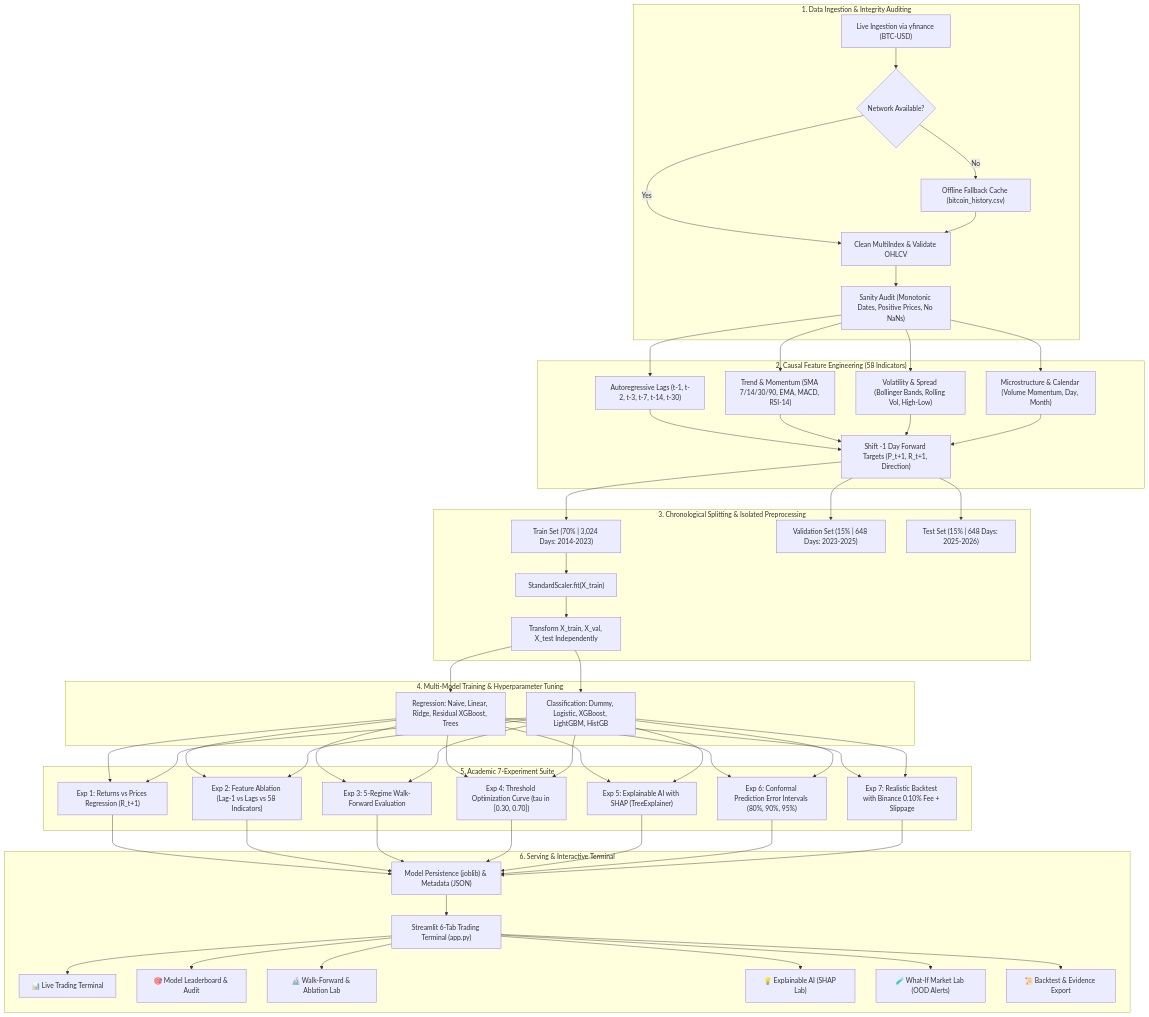
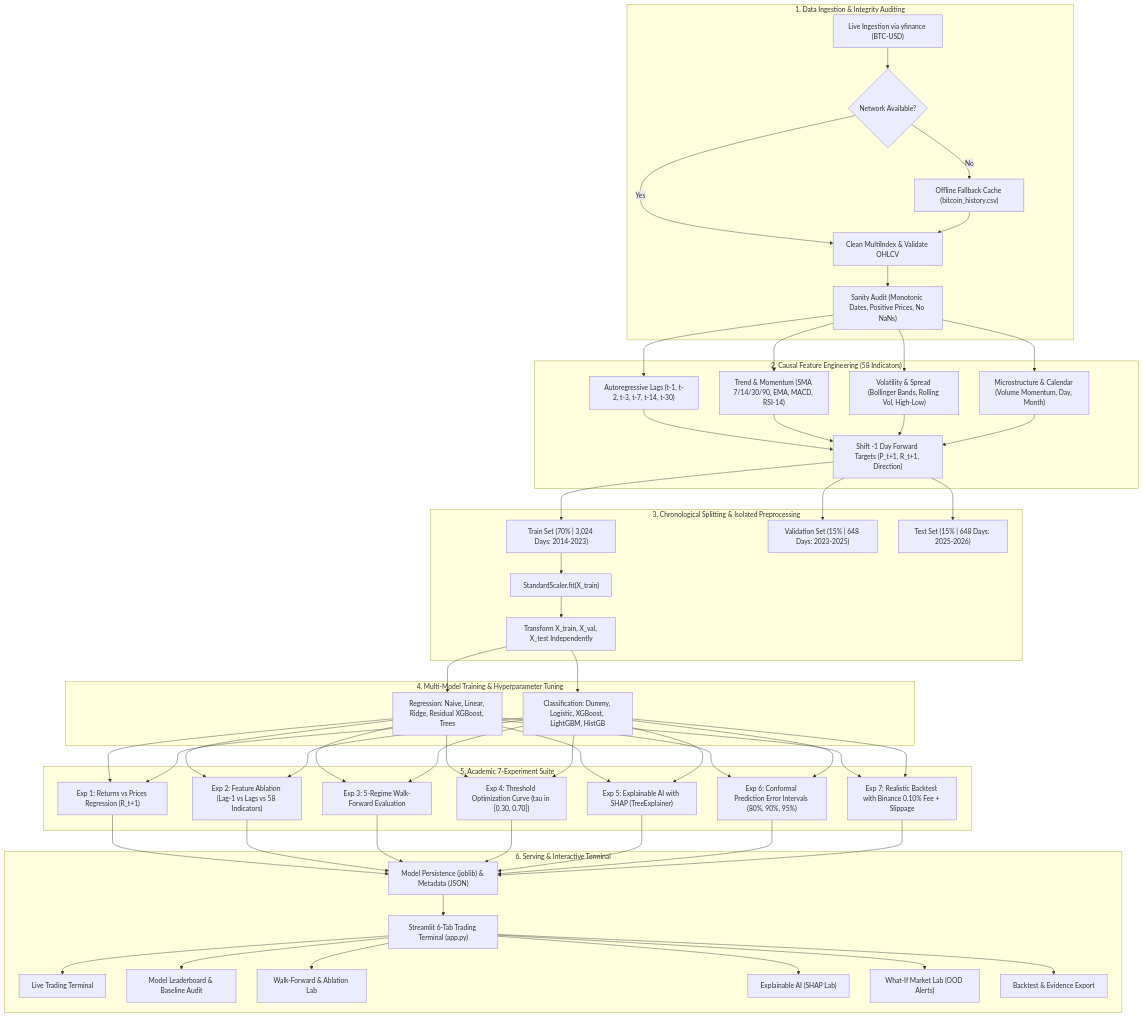
One commit to CodeWidKrish/CryptoPredict-AI changed the diagram in README.md. Above: the diagram before and after it, drawn with Mermaid. The commit also changed other lines of this file and 5 other files, not shown here.

````diff
--- a/README.md
+++ b/README.md
@@ -78,52 +78,52 @@
 ```mermaid
 flowchart TD
     subgraph INGESTION ["1. Data Ingestion & Integrity Auditing"]
         A["Live Ingestion via yfinance (BTC-USD)"] --> B{"Network Available?"}
         B -- Yes --> C["Clean MultiIndex & Validate OHLCV"]
         B -- No --> D["Offline Fallback Cache (bitcoin_history.csv)"]
         D --> C
         C --> E["Sanity Audit (Monotonic Dates, Positive Prices, No NaNs)"]
     end
 
     subgraph FEATURES ["2. Causal Feature Engineering (58 Indicators)"]
         E --> F1["Autoregressive Lags (t-1, t-2, t-3, t-7, t-14, t-30)"]
         E --> F2["Trend & Momentum (SMA 7/14/30/90, EMA, MACD, RSI-14)"]
         E --> F3["Volatility & Spread (Bollinger Bands, Rolling Vol, High-Low)"]
         E --> F4["Microstructure & Calendar (Volume Momentum, Day, Month)"]
         F1 & F2 & F3 & F4 --> G["Shift -1 Day Forward Targets (P_t+1, R_t+1, Direction)"]
     end
 
     subgraph PARTITION ["3. Chronological Splitting & Isolated Preprocessing"]
         G --> H1["Train Set (70% | 3,024 Days: 2014-2023)"]
         G --> H2["Validation Set (15% | 648 Days: 2023-2025)"]
         G --> H3["Test Set (15% | 648 Days: 2025-2026)"]
         H1 --> I["StandardScaler.fit(X_train)"]
         I --> J["Transform X_train, X_val, X_test Independently"]
     end
 
     subgraph BENCHMARK ["4. Multi-Model Training & Hyperparameter Tuning"]
         J --> K1["Regression: Naive, Linear, Ridge, Residual XGBoost, Trees"]
         J --> K2["Classification: Dummy, Logistic, XGBoost, LightGBM, HistGB"]
     end
 
     subgraph RESEARCH ["5. Academic 7-Experiment Suite"]
         K1 & K2 --> L1["Exp 1: Returns vs Prices Regression (R_t+1)"]
         K1 & K2 --> L2["Exp 2: Feature Ablation (Lag-1 vs Lags vs 58 Indicators)"]
         K1 & K2 --> L3["Exp 3: 5-Regime Walk-Forward Evaluation"]
         K1 & K2 --> L4["Exp 4: Threshold Optimization Curve (tau in [0.30, 0.70])"]
         K1 & K2 --> L5["Exp 5: Explainable AI with SHAP (TreeExplainer)"]
         K1 & K2 --> L6["Exp 6: Conformal Prediction Error Intervals (80%, 90%, 95%)"]
         K1 & K2 --> L7["Exp 7: Realistic Backtest with Binance 0.10% Fee + Slippage"]
     end
 
     subgraph SERVING ["6. Serving & Interactive Terminal"]
         L1 & L2 & L3 & L4 & L5 & L6 & L7 --> M["Model Persistence (joblib) & Metadata (JSON)"]
         M --> N["Streamlit 6-Tab Trading Terminal (app.py)"]
-        N --> O1["📊 Live Trading Terminal"]
-        N --> O2["🎯 Model Leaderboard & Audit"]
-        N --> O3["🔬 Walk-Forward & Ablation Lab"]
-        N --> O4["💡 Explainable AI (SHAP Lab)"]
-        N --> O5["🧪 What-If Market Lab (OOD Alerts)"]
-        N --> O6["📜 Backtest & Evidence Export"]
+        N --> O1["Live Trading Terminal"]
+        N --> O2["Model Leaderboard & Baseline Audit"]
+        N --> O3["Walk-Forward & Ablation Lab"]
+        N --> O4["Explainable AI (SHAP Lab)"]
+        N --> O5["What-If Market Lab (OOD Alerts)"]
+        N --> O6["Backtest & Evidence Export"]
     end
 ```
````
